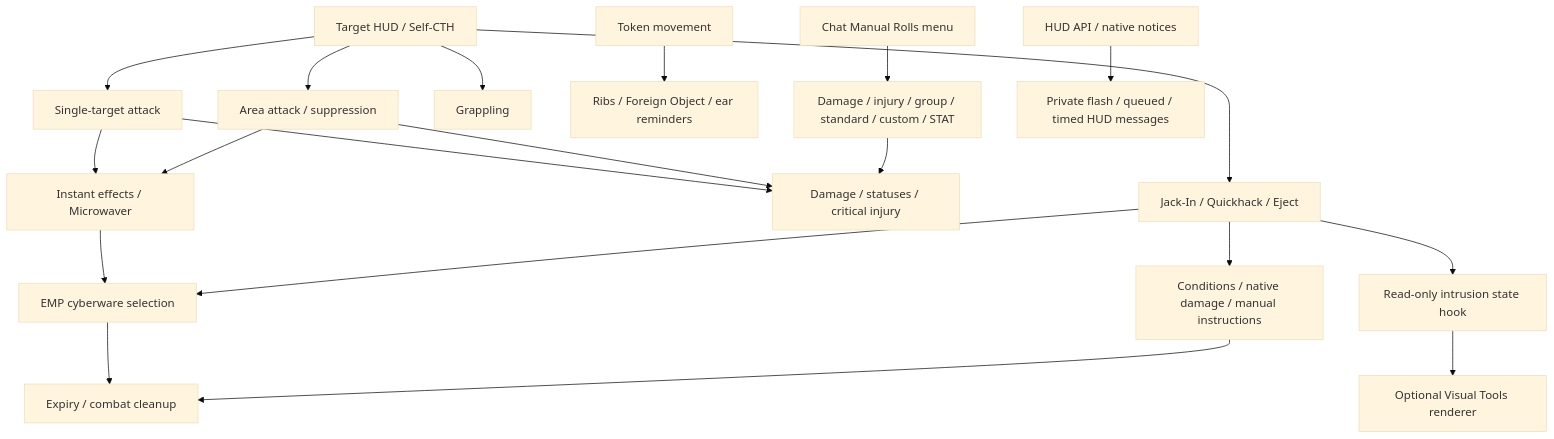
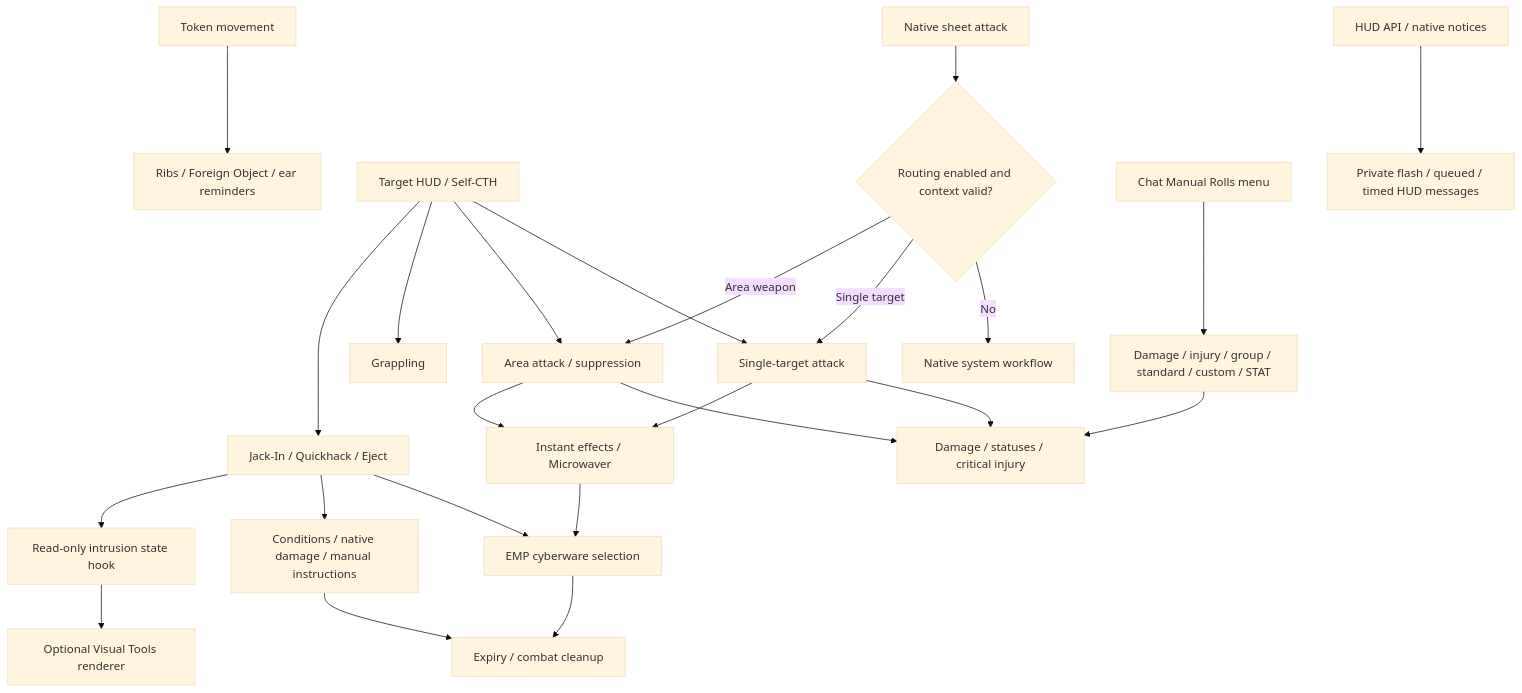
The first of 15 diagrams in docs/flow-map.md (GMPneuma/PneumaCombatTools), drawn with Mermaid (base theme) before and after one commit. The commit also changed other lines of this file and 40 other files, not shown here.

Commit message:
Release 0.9.2: optional character-sheet attack routing and handbook

```diff
--- a/docs/flow-map.md
+++ b/docs/flow-map.md
@@ -13,22 +13,26 @@
 ~~~mermaid
 flowchart TD
- HUD["Target HUD / Self-CTH"] --> A["Single-target attack"]
+ SHEET["Native sheet attack"] --> ROUTE{"Routing enabled and context valid?"}
+ ROUTE -->|No| NATIVE["Native system workflow"]
+ ROUTE -->|Single target| A["Single-target attack"]
+ ROUTE -->|Area weapon| B["Area attack / suppression"]
+ HUD["Target HUD / Self-CTH"] --> A
  HUD --> B["Area attack / suppression"]
  HUD --> G["Grappling"]
  HUD --> Q["Jack-In / Quickhack / Eject"]
  A --> D["Damage / statuses / critical injury"]
  B --> D
  A --> I["Instant effects / Microwaver"]
  B --> I
  I --> E["EMP cyberware selection"]
  Q --> E
  Q --> C["Conditions / native damage / manual instructions"]
  MOVE["Token movement"] --> R["Ribs / Foreign Object / ear reminders"]
  MENU["Chat Manual Rolls menu"] --> MAN["Damage / injury / group / standard / custom / STAT"]
  MAN --> D
  API["HUD API / native notices"] --> NOTICE["Private flash / queued / timed HUD messages"]
  Q --> STATE["Read-only intrusion state hook"]
  STATE --> VT["Optional Visual Tools renderer"]
  E --> EXP["Expiry / combat cleanup"]
  C --> EXP
 ~~~
```
